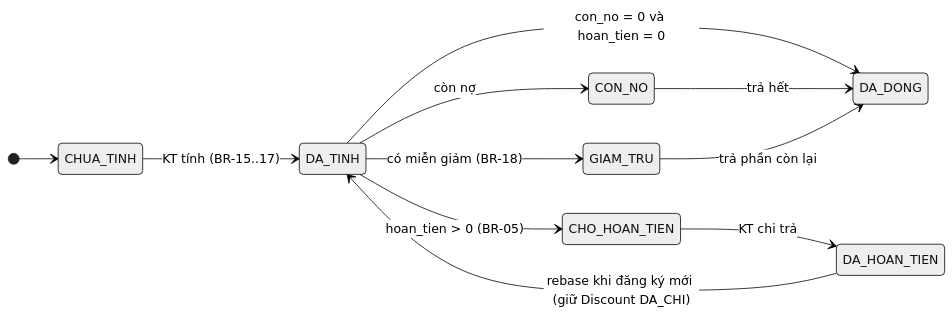
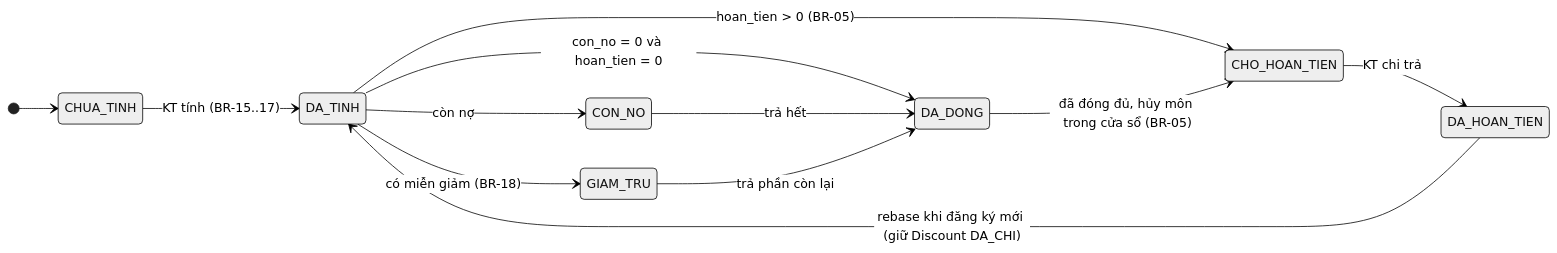
Before and after one commit to ThaiSon-123/HeThongDangKyMonHoc: the ninth of 12 diagrams in plan.md, drawn with Mermaid (neutral theme). The commit also changed other lines of this file and 154 other files, not shown here.

````diff
--- a/plan.md
+++ b/plan.md
@@ -976,14 +1020,15 @@
 ```mermaid
 stateDiagram-v2
     direction LR
     [*] --> CHUA_TINH
     CHUA_TINH --> DA_TINH: KT tính (BR-15..17)
     DA_TINH --> DA_DONG: con_no = 0 và hoan_tien = 0
     DA_TINH --> CON_NO: còn nợ
     DA_TINH --> GIAM_TRU: có miễn giảm (BR-18)
     DA_TINH --> CHO_HOAN_TIEN: hoan_tien > 0 (BR-05)
+    DA_DONG --> CHO_HOAN_TIEN: đã đóng đủ, hủy môn trong cửa sổ (BR-05)
     CON_NO --> DA_DONG: trả hết
     GIAM_TRU --> DA_DONG: trả phần còn lại
     CHO_HOAN_TIEN --> DA_HOAN_TIEN: KT chi trả
     DA_HOAN_TIEN --> DA_TINH: rebase khi đăng ký mới (giữ Discount DA_CHI)
 ```
````
